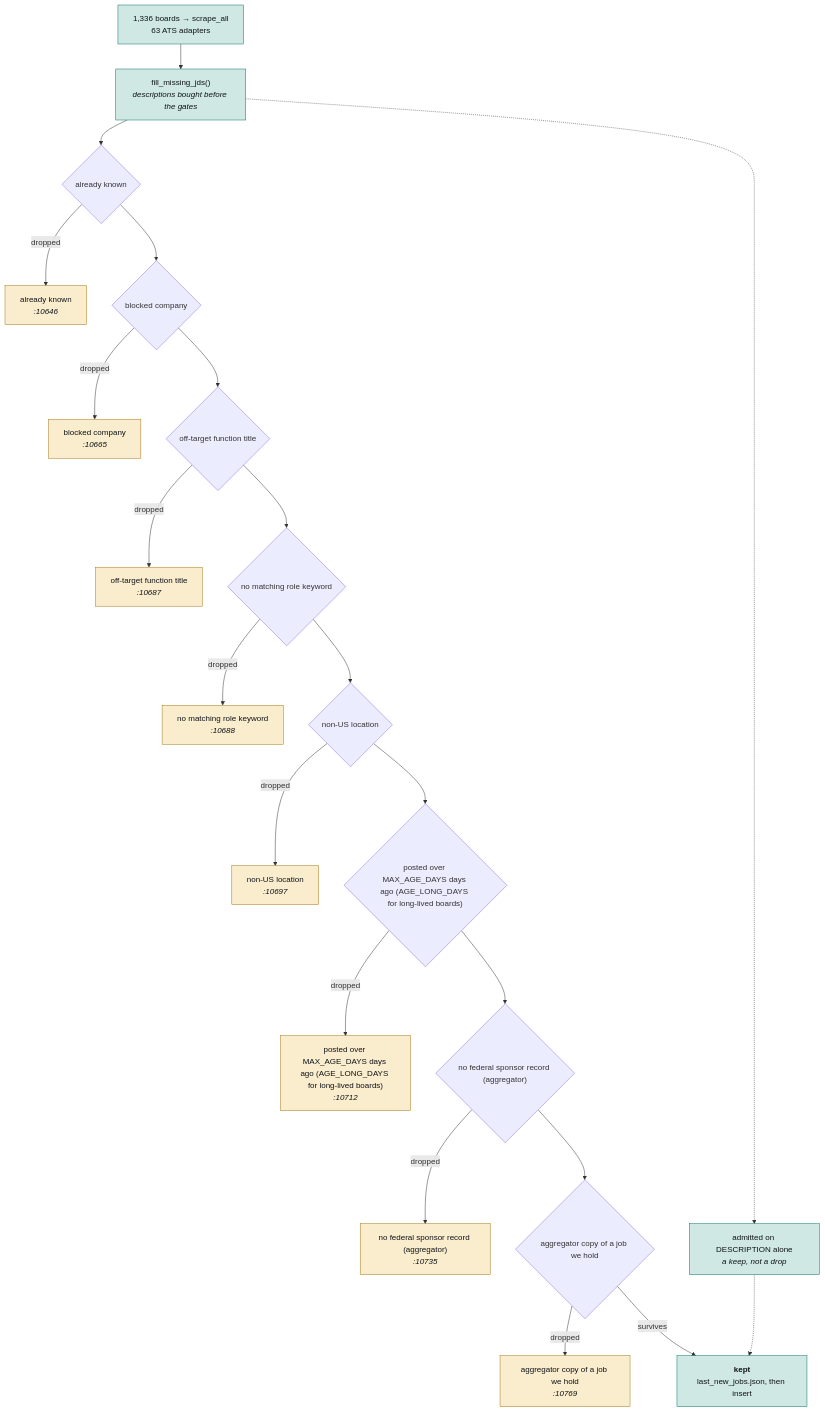
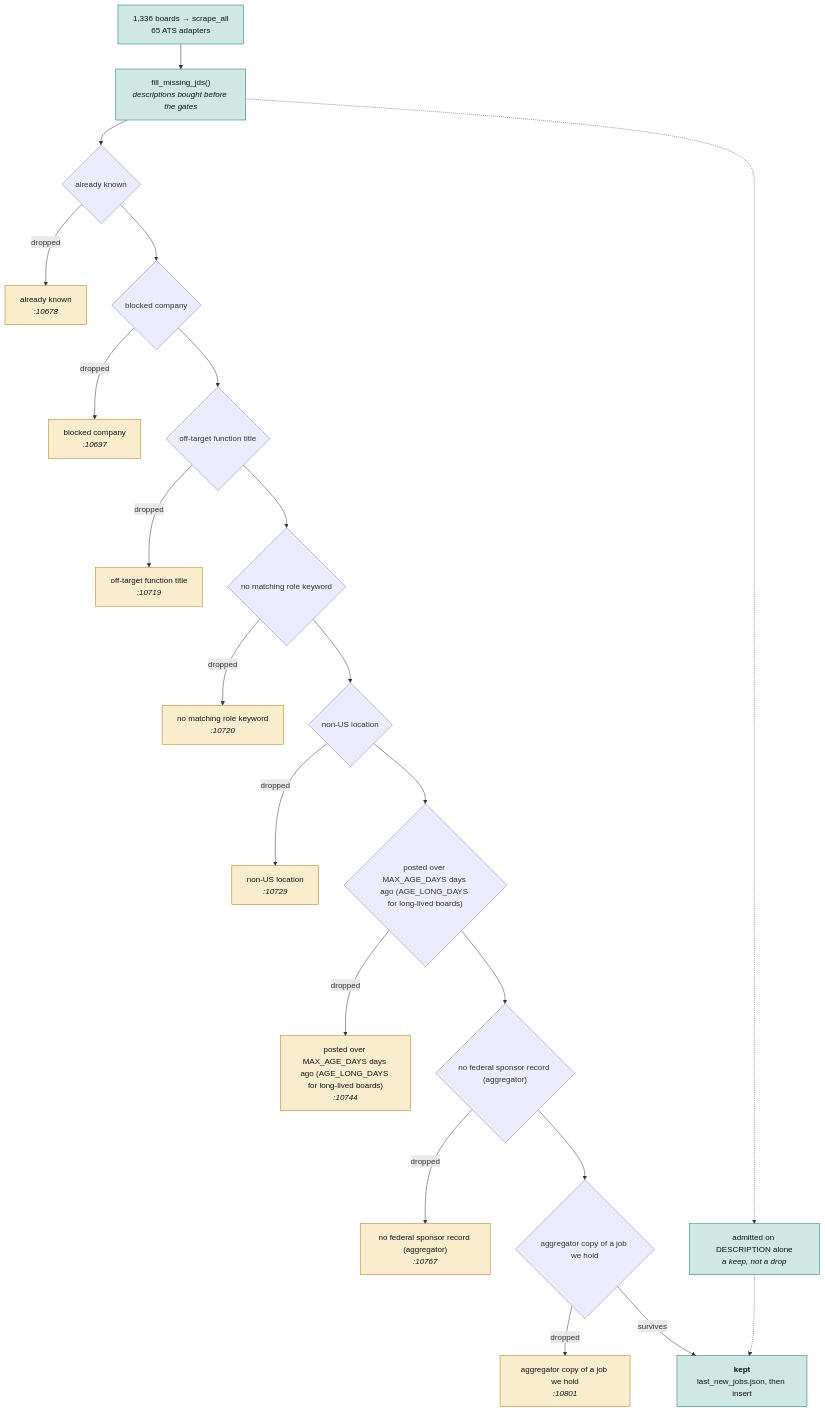
The second of 4 diagrams in JobMatch Scraper/docs/ARCHITECTURE.md (hadakunal909-debug/job-search-tool), drawn with Mermaid before and after one commit. The commit also changed other lines of this file and 16 other files, not shown here.

````diff
--- a/JobMatch Scraper/docs/ARCHITECTURE.md
+++ b/JobMatch Scraper/docs/ARCHITECTURE.md
@@ -127,54 +127,54 @@
 ```mermaid
 flowchart TB
-  SRC["1,336 boards → scrape_all<br/>63 ATS adapters"]
+  SRC["1,336 boards → scrape_all<br/>65 ATS adapters"]
   JD["fill_missing_jds()<br/><i>descriptions bought before the gates</i>"]
   SRC --> JD
   G0{"already known"}
-  D0["already known<br/><i>:10646</i>"]
+  D0["already known<br/><i>:10678</i>"]
   JD --> G0
   G0 -->|dropped| D0
   class D0 trap
   G1{"blocked company"}
-  D1["blocked company<br/><i>:10665</i>"]
+  D1["blocked company<br/><i>:10697</i>"]
   G0 --> G1
   G1 -->|dropped| D1
   class D1 trap
   G2{"off-target function title"}
-  D2["off-target function title<br/><i>:10687</i>"]
+  D2["off-target function title<br/><i>:10719</i>"]
   G1 --> G2
   G2 -->|dropped| D2
   class D2 trap
   G3{"no matching role keyword"}
-  D3["no matching role keyword<br/><i>:10688</i>"]
+  D3["no matching role keyword<br/><i>:10720</i>"]
   G2 --> G3
   G3 -->|dropped| D3
   class D3 trap
   G4{"non-US location"}
-  D4["non-US location<br/><i>:10697</i>"]
+  D4["non-US location<br/><i>:10729</i>"]
   G3 --> G4
   G4 -->|dropped| D4
   class D4 trap
   G5{"posted over MAX_AGE_DAYS days ago (AGE_LONG_DAYS for long-lived boards)"}
-  D5["posted over MAX_AGE_DAYS days ago (AGE_LONG_DAYS for long-lived boards)<br/><i>:10712</i>"]
+  D5["posted over MAX_AGE_DAYS days ago (AGE_LONG_DAYS for long-lived boards)<br/><i>:10744</i>"]
   G4 --> G5
   G5 -->|dropped| D5
   class D5 trap
   G6{"no federal sponsor record (aggregator)"}
-  D6["no federal sponsor record (aggregator)<br/><i>:10735</i>"]
+  D6["no federal sponsor record (aggregator)<br/><i>:10767</i>"]
   G5 --> G6
   G6 -->|dropped| D6
   class D6 trap
   G7{"aggregator copy of a job we hold"}
-  D7["aggregator copy of a job we hold<br/><i>:10769</i>"]
+  D7["aggregator copy of a job we hold<br/><i>:10801</i>"]
   G6 --> G7
   G7 -->|dropped| D7
   class D7 trap
   KEEP["<b>kept</b><br/>last_new_jobs.json, then insert"]
   G7 -->|survives| KEEP
   RESCUE["admitted on DESCRIPTION alone<br/><i>a keep, not a drop</i>"]
   JD -.-> RESCUE
   RESCUE -.-> KEEP
   classDef trap fill:#f9edcd,stroke:#a8781a,color:#101319
   classDef sched fill:#cfe8e3,stroke:#0f766e,color:#101319
   class SRC,JD,KEEP,RESCUE sched
 ```
````
